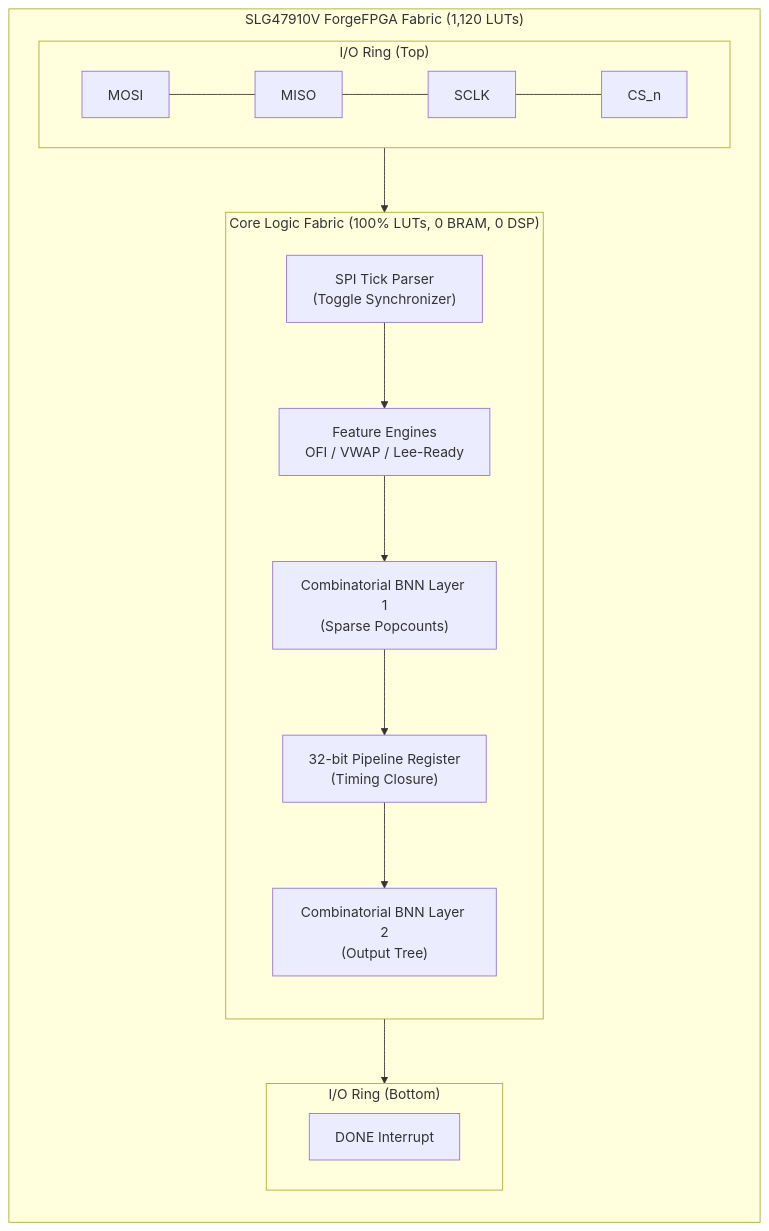
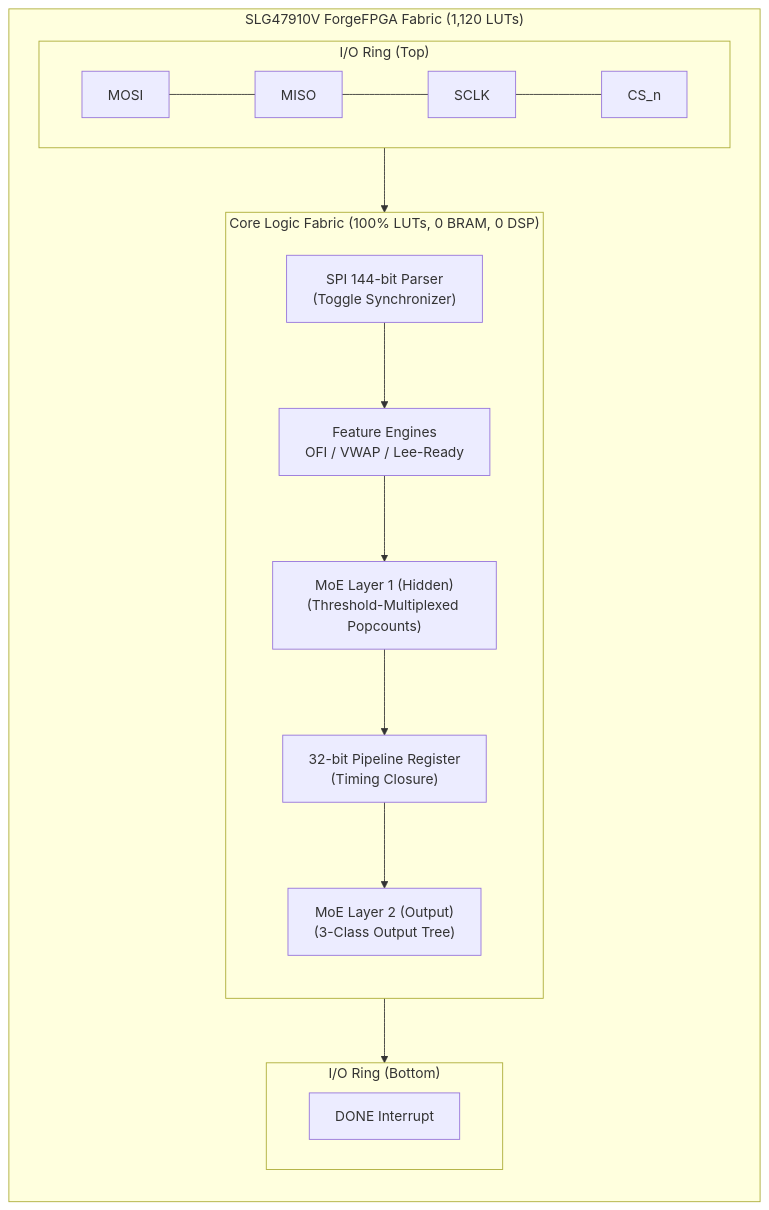
One commit to SushantGagneja/ultra-low-latency-ML-inference-on-FPGA changed the third of 3 diagrams in README.md. Above: the diagram before and after it, drawn with Mermaid. The commit also changed other lines of this file, not shown here.

````diff
--- a/README.md
+++ b/README.md
@@ -156,25 +164,25 @@
 ```mermaid
 flowchart TD
     subgraph Chip ["SLG47910V ForgeFPGA Fabric (1,120 LUTs)"]
         direction TB
         subgraph IO_TOP ["I/O Ring (Top)"]
             direction LR
             MOSI[MOSI] --- MISO[MISO] --- SCLK[SCLK] --- CS[CS_n]
         end
         
         subgraph LOGIC ["Core Logic Fabric (100% LUTs, 0 BRAM, 0 DSP)"]
             direction TB
-            PARSE["SPI Tick Parser\n(Toggle Synchronizer)"] --> ENGINES["Feature Engines\nOFI / VWAP / Lee-Ready"]
-            ENGINES --> BNN_L1["Combinatorial BNN Layer 1\n(Sparse Popcounts)"]
+            PARSE["SPI 144-bit Parser\n(Toggle Synchronizer)"] --> ENGINES["Feature Engines\nOFI / VWAP / Lee-Ready"]
+            ENGINES --> BNN_L1["MoE Layer 1 (Hidden)\n(Threshold-Multiplexed Popcounts)"]
             BNN_L1 --> REG["32-bit Pipeline Register\n(Timing Closure)"]
-            REG --> BNN_L2["Combinatorial BNN Layer 2\n(Output Tree)"]
+            REG --> BNN_L2["MoE Layer 2 (Output)\n(3-Class Output Tree)"]
         end
 
         subgraph IO_BOT ["I/O Ring (Bottom)"]
             DONE[DONE Interrupt]
         end
 
         IO_TOP --> LOGIC
         LOGIC --> IO_BOT
     end
 ```
````
